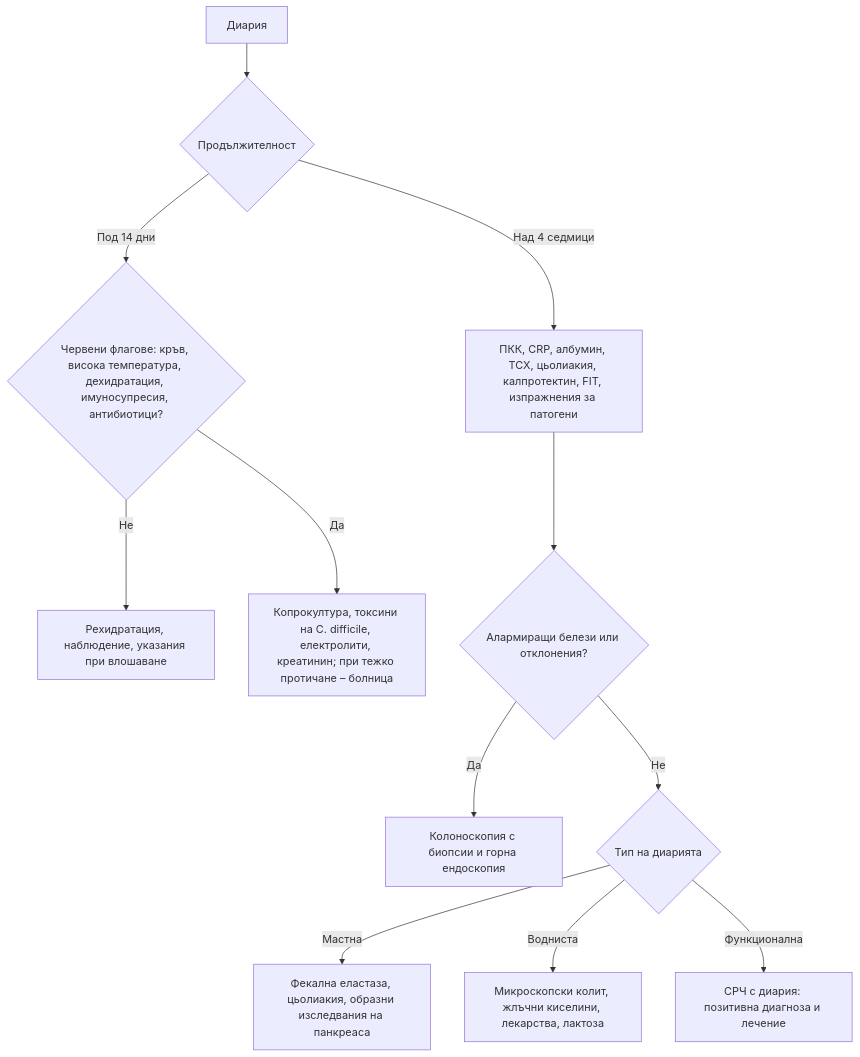
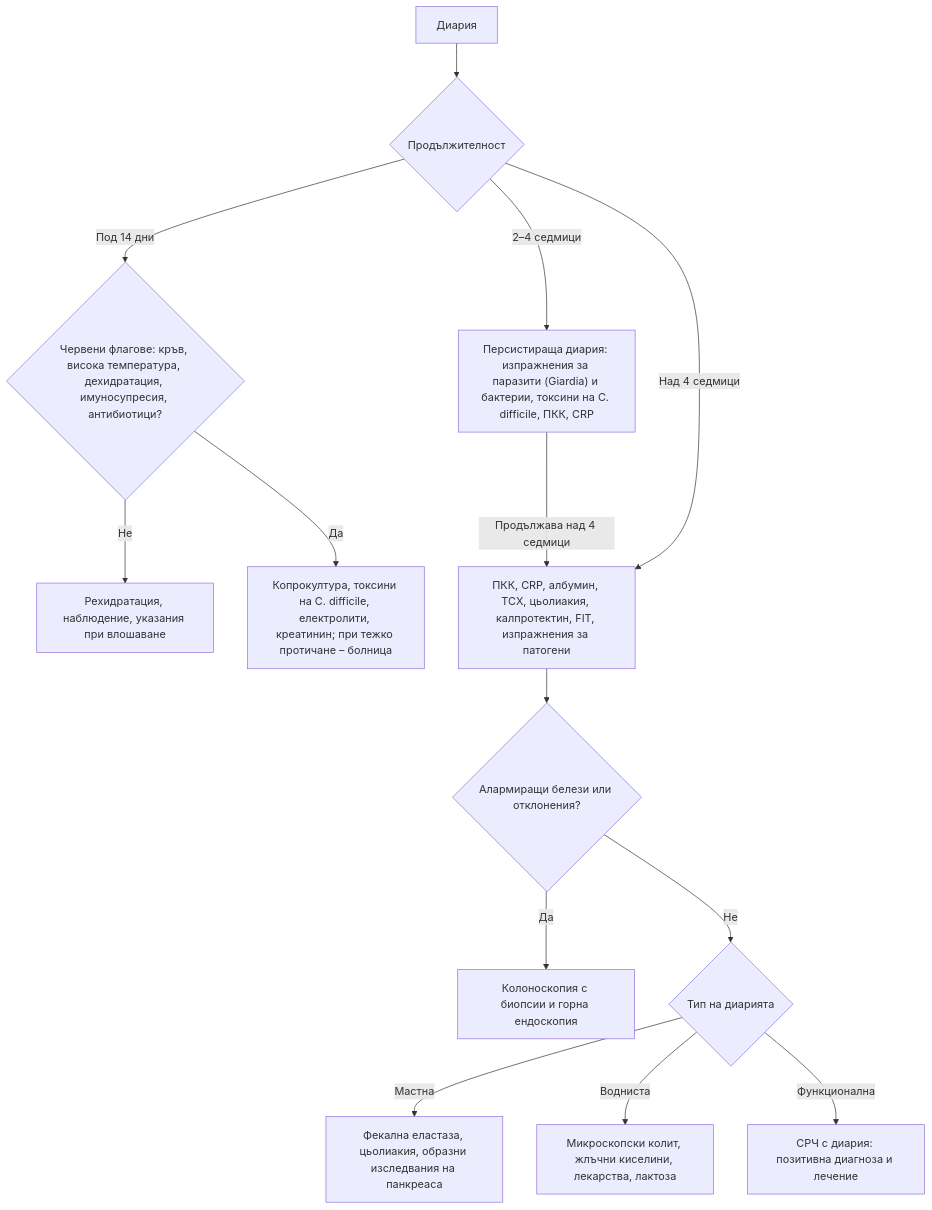
The diagram in glavi/23-diaria.md (yancho26/yancho), drawn with Mermaid before and after one commit. The commit also changed other lines of this file and 16 other files, not shown here.

First line of the commit message:
Логика и пунктуация на алгоритмите: въпросителен знак в 19 описания; персистираща диария в схемата на гл. 23

````diff
--- a/glavi/23-diaria.md
+++ b/glavi/23-diaria.md
@@ -160,16 +160,18 @@
 ```mermaid
 flowchart TD
     accTitle: Диагностичен алгоритъм при диария
     accDescr: Блок-схема. Начало: Диария. Въпроси: Продължителност? · Червени флагове: кръв, висока температура, дехидратация, имуносупресия, антибиотици? · Алармиращи белези или отклонения? · Тип на диарията? Пълното текстово описание е под схемата.
     A["Диария"] --> B{"Продължителност"}
     B -->|Под 14 дни| C{"Червени флагове: кръв, висока температура, дехидратация, имуносупресия, антибиотици?"}
     C -->|Не| D["Рехидратация, наблюдение, указания при влошаване"]
     C -->|Да| E["Копрокултура, токсини на C. difficile, електролити, креатинин; при тежко протичане – болница"]
+    B -->|2–4 седмици| P["Персистираща диария: изпражнения за паразити (Giardia) и бактерии, токсини на C. difficile, ПКК, CRP"]
+    P -->|Продължава над 4 седмици| F
     B -->|Над 4 седмици| F["ПКК, CRP, албумин, ТСХ, цьолиакия, калпротектин, FIT, изпражнения за патогени"]
     F --> G{"Алармиращи белези или отклонения?"}
     G -->|Да| H["Колоноскопия с биопсии и горна ендоскопия"]
     G -->|Не| I{"Тип на диарията"}
     I -->|Мастна| J["Фекална еластаза, цьолиакия, образни изследвания на панкреаса"]
     I -->|Водниста| K["Микроскопски колит, жлъчни киселини, лекарства, лактоза"]
     I -->|Функционална| L["СРЧ с диария: позитивна диагноза и лечение"]
 ```
````
